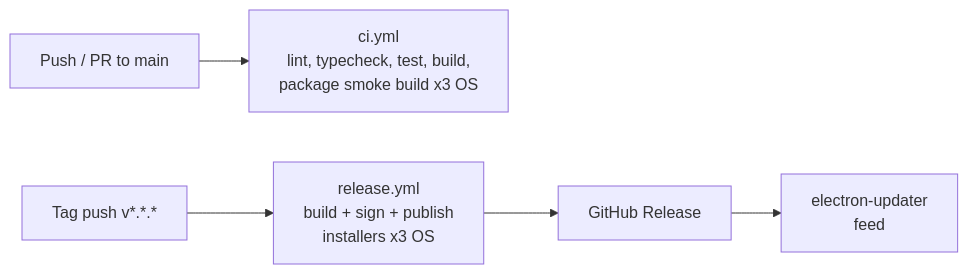
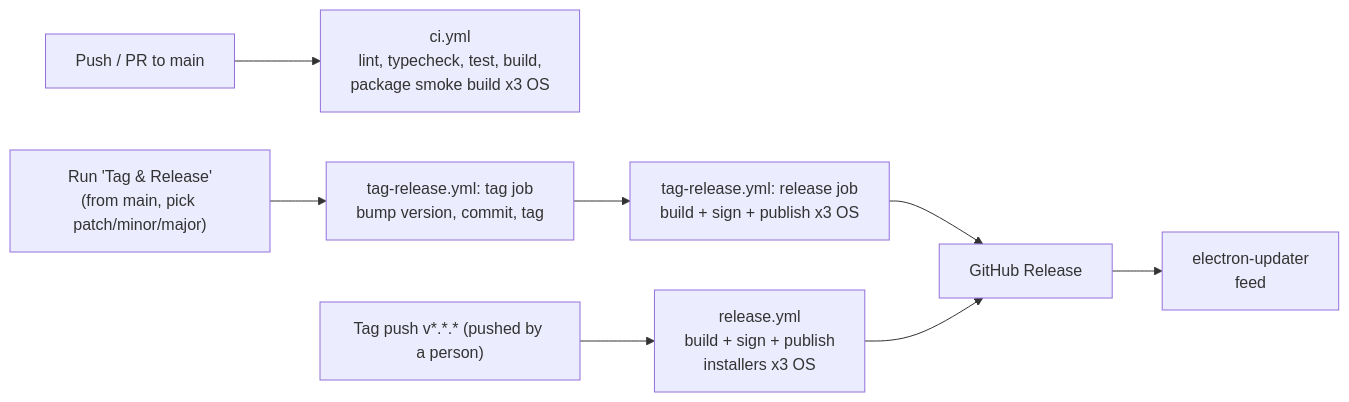
The diagram in docs/specs/07-devops-release.md (mkeology/desktop-ai), drawn with Mermaid before and after one commit. The commit also changed other lines of this file and 4 other files, not shown here.

First line of the commit message:
Add one-click Tag & Release workflow

````diff
--- a/docs/specs/07-devops-release.md
+++ b/docs/specs/07-devops-release.md
@@ -7,7 +7,10 @@
 ```mermaid
 flowchart LR
     PR[Push / PR to main] --> CI[ci.yml\nlint, typecheck, test, build,\npackage smoke build x3 OS]
-    Tag["Tag push v*.*.*"] --> REL[release.yml\nbuild + sign + publish\ninstallers x3 OS]
-    REL --> GH[GitHub Release]
+    Dispatch["Run 'Tag & Release'\n(from main, pick patch/minor/major)"] --> TAG[tag-release.yml: tag job\nbump version, commit, tag]
+    TAG --> RELJOB[tag-release.yml: release job\nbuild + sign + publish x3 OS]
+    ManualTag["Tag push v*.*.* (pushed by a person)"] --> REL[release.yml\nbuild + sign + publish\ninstallers x3 OS]
+    RELJOB --> GH[GitHub Release]
+    REL --> GH
     GH --> Updater[electron-updater\nfeed]
 ```
````
